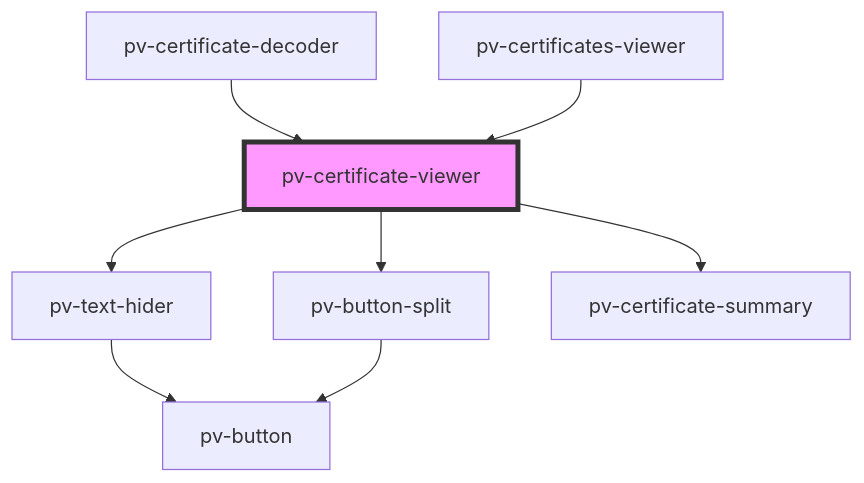
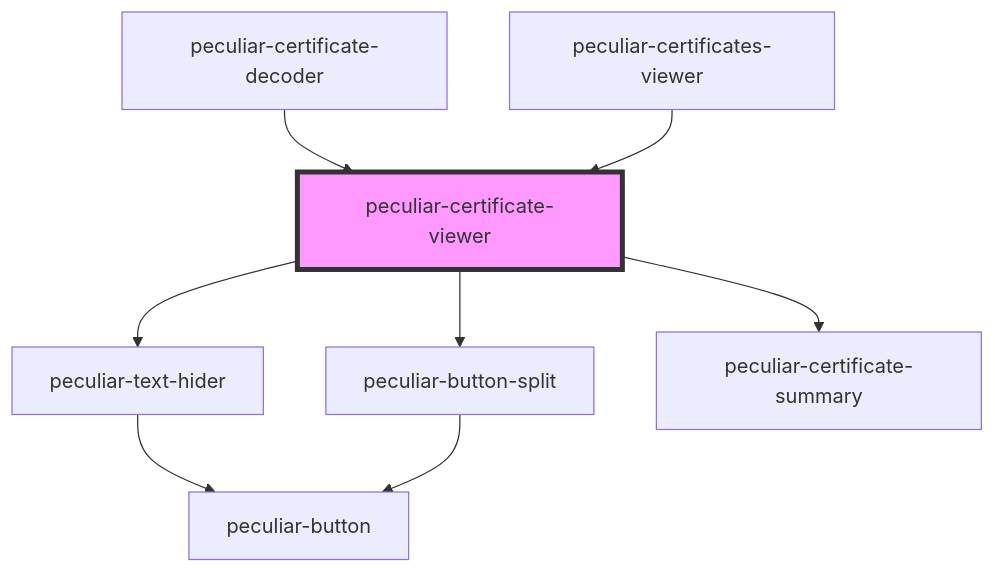
One commit to PeculiarVentures/pv-certificates-viewer changed the diagram in src/components/certificate-viewer/readme.md. Above: the diagram before and after it, drawn with Mermaid. The commit also changed other lines of this file and 55 other files, not shown here.

````diff
--- a/src/components/certificate-viewer/readme.md
+++ b/src/components/certificate-viewer/readme.md
@@ -35,11 +35,11 @@
 ```mermaid
 graph TD;
-  pv-certificate-viewer --> pv-text-hider
-  pv-certificate-viewer --> pv-button-split
-  pv-certificate-viewer --> pv-certificate-summary
-  pv-text-hider --> pv-button
-  pv-button-split --> pv-button
-  pv-certificate-decoder --> pv-certificate-viewer
-  pv-certificates-viewer --> pv-certificate-viewer
-  style pv-certificate-viewer fill:#f9f,stroke:#333,stroke-width:4px
+  peculiar-certificate-viewer --> peculiar-text-hider
+  peculiar-certificate-viewer --> peculiar-button-split
+  peculiar-certificate-viewer --> peculiar-certificate-summary
+  peculiar-text-hider --> peculiar-button
+  peculiar-button-split --> peculiar-button
+  peculiar-certificate-decoder --> peculiar-certificate-viewer
+  peculiar-certificates-viewer --> peculiar-certificate-viewer
+  style peculiar-certificate-viewer fill:#f9f,stroke:#333,stroke-width:4px
 ```
````
